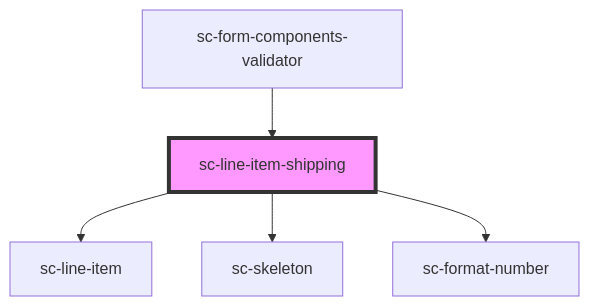
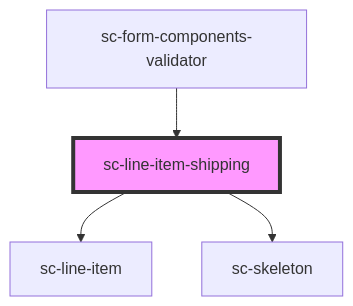
Before and after one commit to surecart/surecart-wp-plugin: the diagram in packages/components/src/components/controllers/checkout-form/sc-line-item-shipping/readme.md, drawn with Mermaid. The commit also changed other lines of this file and 37 other files, not shown here.

````diff
--- a/packages/components/src/components/controllers/checkout-form/sc-line-item-shipping/readme.md
+++ b/packages/components/src/components/controllers/checkout-form/sc-line-item-shipping/readme.md
@@ -28,8 +27,7 @@
 ```mermaid
 graph TD;
   sc-line-item-shipping --> sc-line-item
   sc-line-item-shipping --> sc-skeleton
-  sc-line-item-shipping --> sc-format-number
   sc-form-components-validator --> sc-line-item-shipping
   style sc-line-item-shipping fill:#f9f,stroke:#333,stroke-width:4px
 ```
````
